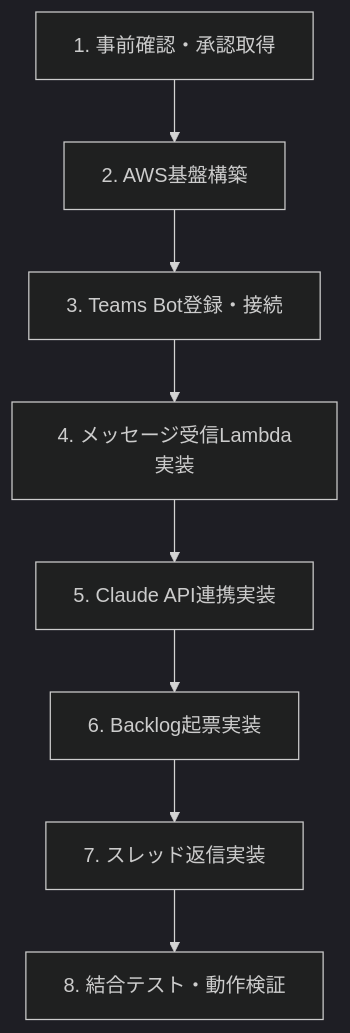
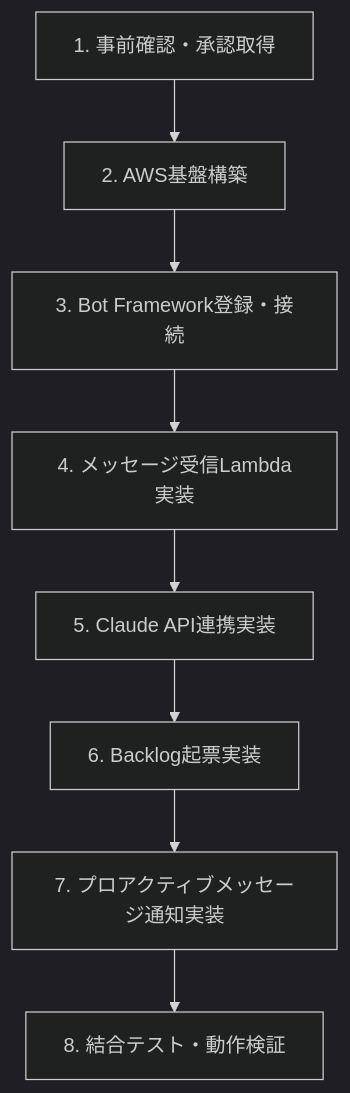
One commit to nohara-kengo/nct-topal changed the diagram in docs/phase1-workflow.md. Above: the diagram before and after it, drawn with Mermaid (dark theme). The commit also changed other lines of this file and 23 other files, not shown here.

````diff
--- a/docs/phase1-workflow.md
+++ b/docs/phase1-workflow.md
@@ -35,10 +32,10 @@
 ```mermaid
 flowchart TD
     S1[1. 事前確認・承認取得] --> S2[2. AWS基盤構築]
-    S2 --> S3[3. Teams Bot登録・接続]
+    S2 --> S3[3. Bot Framework登録・接続]
     S3 --> S4[4. メッセージ受信Lambda実装]
     S4 --> S5[5. Claude API連携実装]
     S5 --> S6[6. Backlog起票実装]
-    S6 --> S7[7. スレッド返信実装]
+    S6 --> S7[7. プロアクティブメッセージ通知実装]
     S7 --> S8[8. 結合テスト・動作検証]
 ```
````
